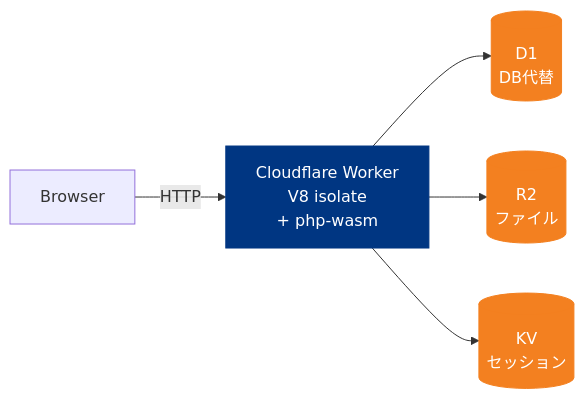
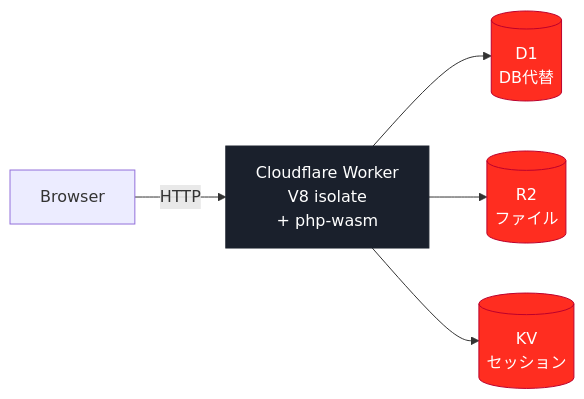
One commit to SuguruOoki/cloudflare-php-demo changed the diagram in slides/diagrams/wasm-arch.mmd. Above: the diagram before and after it, drawn with Mermaid. The commit also changed 11 other files, not shown here.

```diff
--- a/slides/diagrams/wasm-arch.mmd
+++ b/slides/diagrams/wasm-arch.mmd
@@ -1,10 +1,10 @@
 flowchart LR
     B[Browser] -->|HTTP| W["Cloudflare Worker<br/>V8 isolate<br/>+ php-wasm"]
     W --> D1[("D1<br/>DB代替")]
     W --> R2[("R2<br/>ファイル")]
     W --> KV[("KV<br/>セッション")]
 
-    classDef edge fill:#003682,stroke:#003682,color:#fff
-    classDef store fill:#F38020,stroke:#F38020,color:#fff
+    classDef edge fill:#1A202C,stroke:#1A202C,color:#fff
+    classDef store fill:#FF2D20,stroke:#BC002D,color:#fff
     class W edge
     class D1,R2,KV store
```
